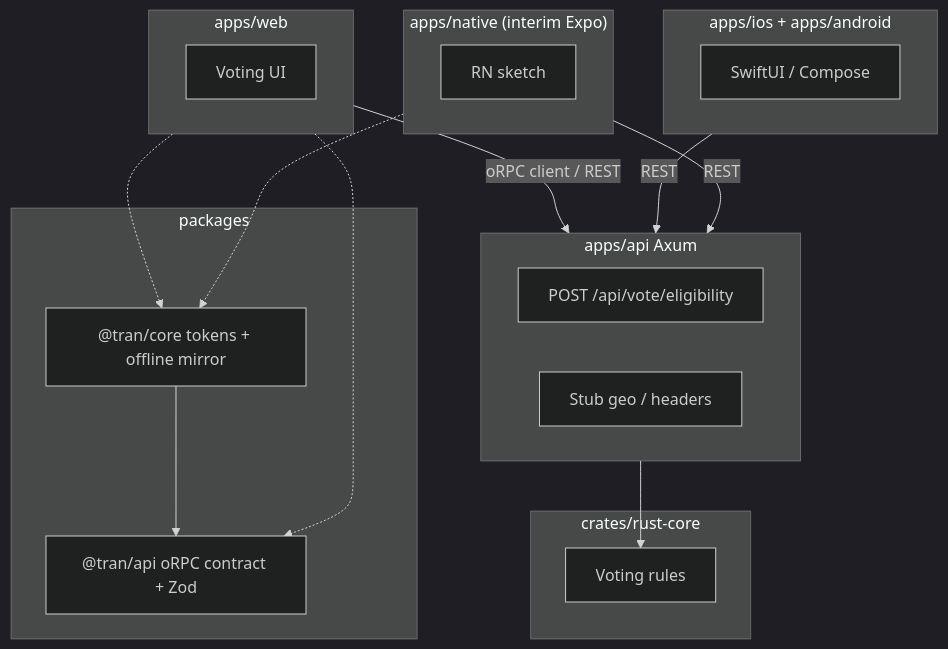
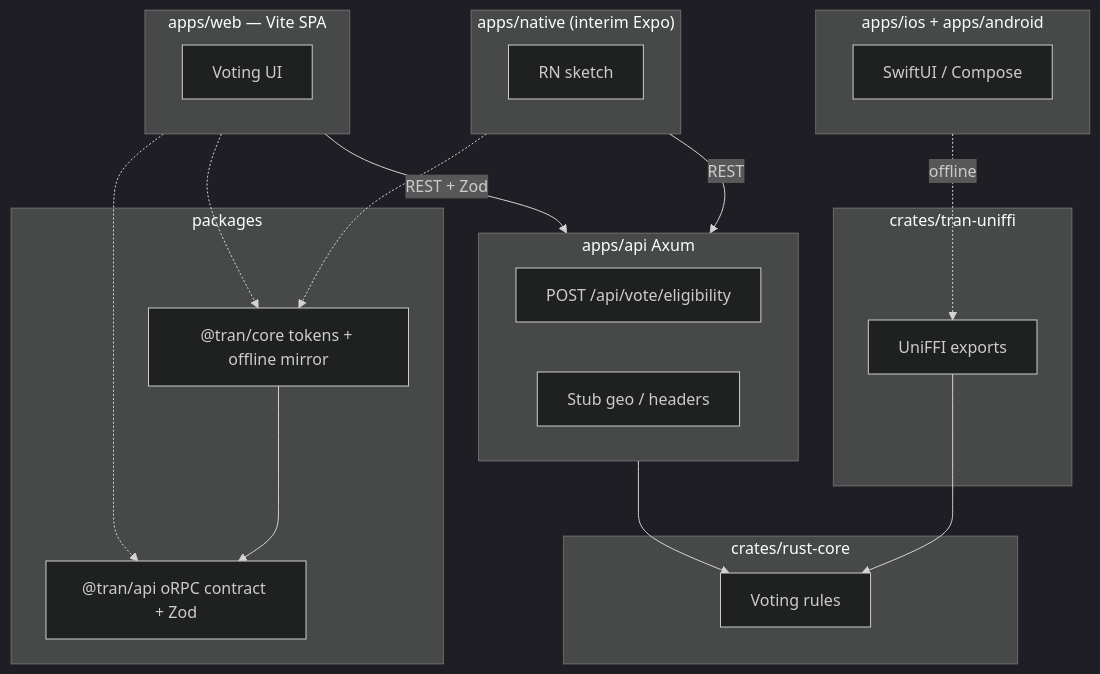
The diagram in README.md (bishalg/create-TRAN), drawn with Mermaid (dark theme) before and after one commit. The commit also changed other lines of this file and 11 other files, not shown here.

Commit message:
docs: sync README and core docs with UniFFI native stack

````diff
--- a/README.md
+++ b/README.md
@@ -76,32 +94,36 @@
 ```mermaid
 graph TD
-    subgraph Web ["apps/web"]
+    subgraph Web ["apps/web — Vite SPA"]
         WUI[Voting UI]
     end
     subgraph Mobile ["apps/ios + apps/android"]
         NUI[SwiftUI / Compose]
     end
     subgraph LegacyRN ["apps/native (interim Expo)"]
         RNUI[RN sketch]
+    end
+    subgraph FFI ["crates/tran-uniffi"]
+        UniFFI[UniFFI exports]
     end
     subgraph Backend ["apps/api Axum"]
         VoteRoute["POST /api/vote/eligibility"]
         Geo[Stub geo / headers]
     end
     subgraph Core ["crates/rust-core"]
         Rules[Voting rules]
     end
     subgraph Shared ["packages"]
         CoreTS["@tran/core tokens + offline mirror"]
         APIPkg["@tran/api oRPC contract + Zod"]
     end
 
-    Web -->|oRPC client / REST| Backend
-    Mobile -->|REST| Backend
+    Web -->|REST + Zod| Backend
+    Web -.-> CoreTS
     LegacyRN -->|REST| Backend
+    LegacyRN -.-> CoreTS
+    Mobile -.->|offline| UniFFI
+    UniFFI --> Rules
     Backend --> Rules
-    Web -.-> CoreTS
-    LegacyRN -.-> CoreTS
     Web -.-> APIPkg
     CoreTS --> APIPkg
 ```
````
